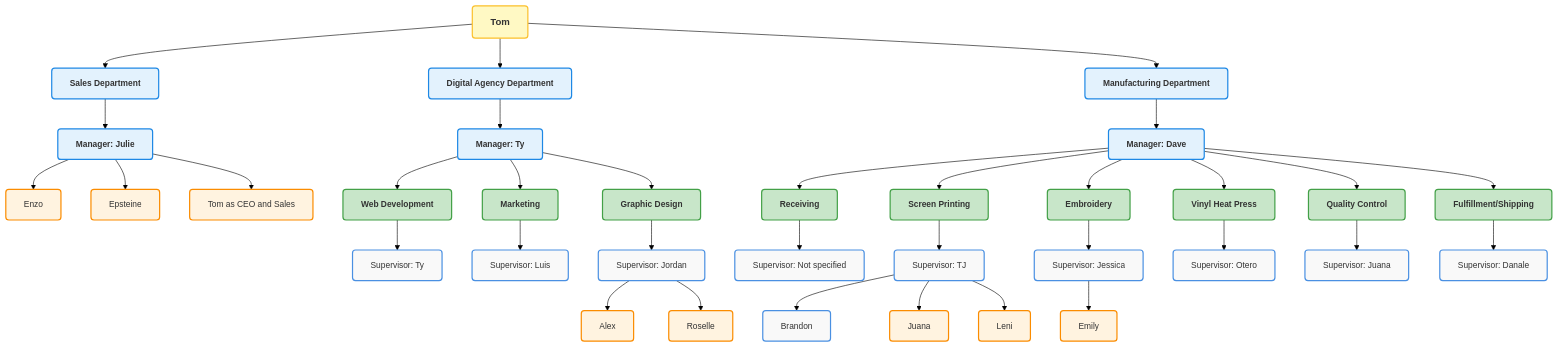
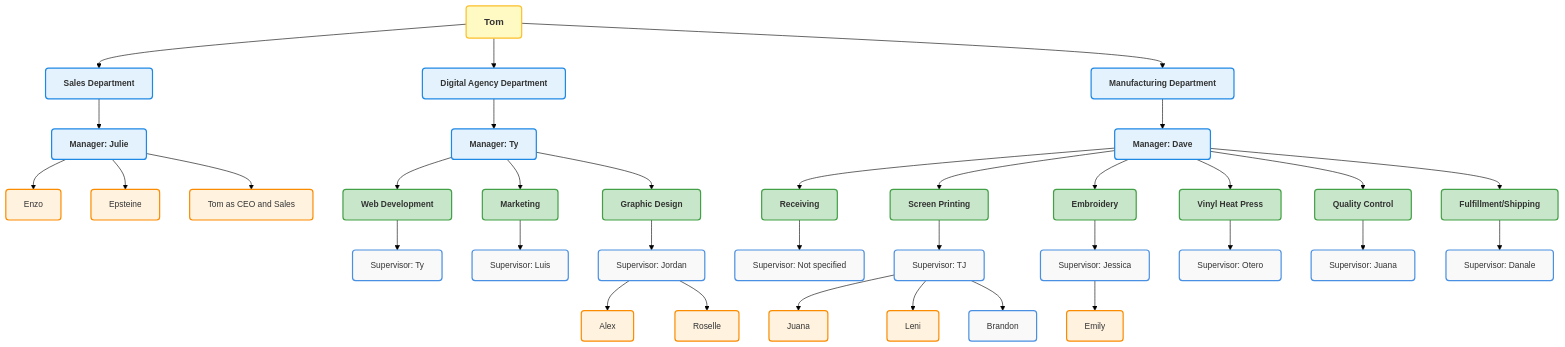
Before and after one commit to TyGrim13/4WinnerFlows: the first of 11 diagrams in README.md, drawn with Mermaid. The commit also changed other lines of this file, not shown here.

```diff
--- a/README.md
+++ b/README.md
@@ -103,9 +103,9 @@
     Receiving --> RecSup
     ManuMgr --> ScreenPrinting
     ScreenPrinting --> SP
-    SP --> SPBrandon
     SP --> SPJuana
     SP --> SPLeni
+    SP --> SPBrandon
     ManuMgr --> Embroidery
     Embroidery --> EmbSup
     EmbSup --> Emily
```
